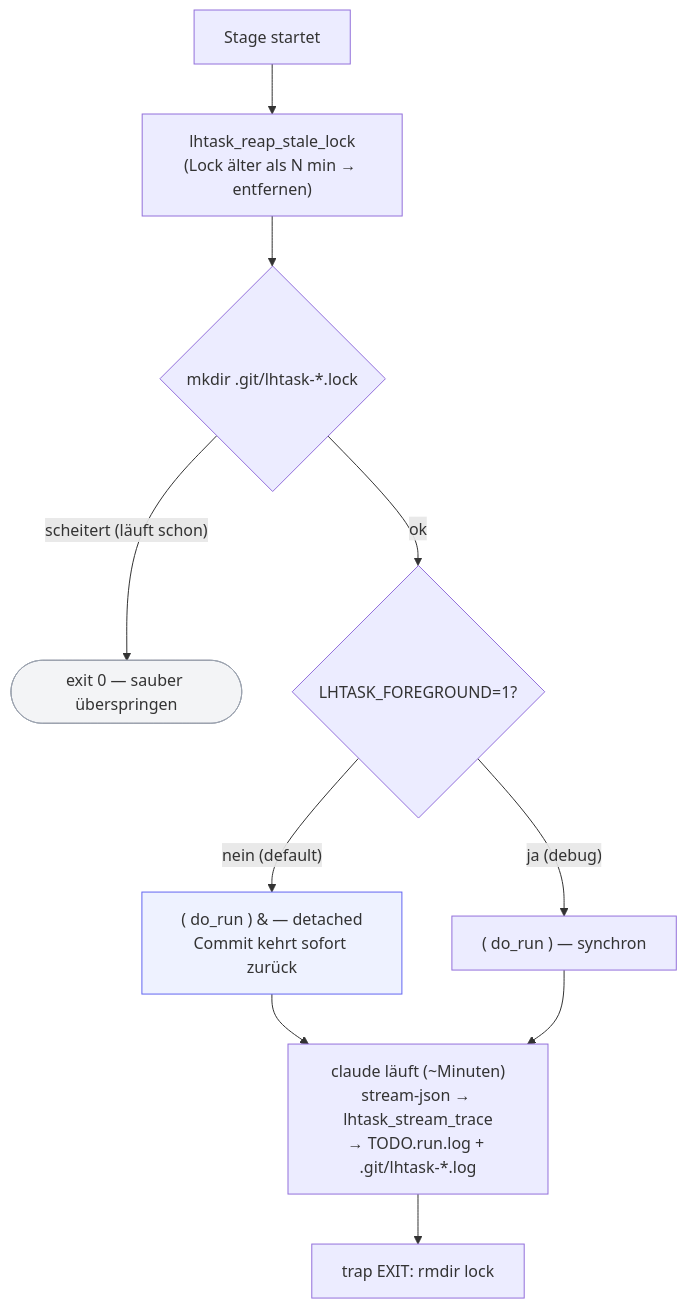
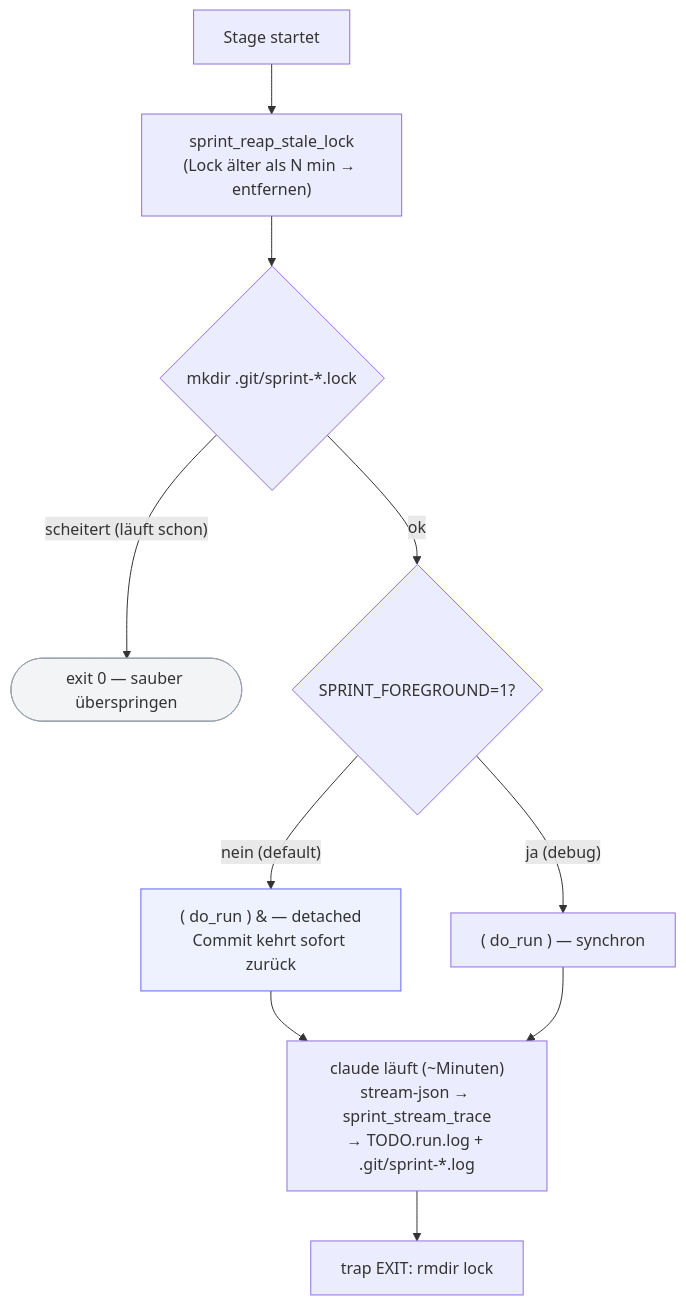
One commit to leonhoffmann86/team-sprint changed the tenth of 12 diagrams in ARCHITECTURE.md. Above: the diagram before and after it, drawn with Mermaid. The commit also changed other lines of this file and 30 other files, not shown here.

First line of the commit message:
rename: LHTask → Sprint (v1.0.0)

````diff
--- a/ARCHITECTURE.md
+++ b/ARCHITECTURE.md
@@ -470,15 +470,15 @@
 ```mermaid
 flowchart TB
-    START["Stage startet"] --> REAP["lhtask_reap_stale_lock<br/>(Lock älter als N min → entfernen)"]
-    REAP --> LOCK{"mkdir .git/lhtask-*.lock"}
+    START["Stage startet"] --> REAP["sprint_reap_stale_lock<br/>(Lock älter als N min → entfernen)"]
+    REAP --> LOCK{"mkdir .git/sprint-*.lock"}
     LOCK -- "scheitert (läuft schon)" --> SKIP(["exit 0 — sauber überspringen"])
-    LOCK -- "ok" --> MODE{"LHTASK_FOREGROUND=1?"}
+    LOCK -- "ok" --> MODE{"SPRINT_FOREGROUND=1?"}
     MODE -- "nein (default)" --> BG["( do_run ) &amp; — detached<br/>Commit kehrt sofort zurück"]
     MODE -- "ja (debug)" --> FG["( do_run ) — synchron"]
-    BG --> WORK["claude läuft (~Minuten)<br/>stream-json → lhtask_stream_trace<br/>→ TODO.run.log + .git/lhtask-*.log"]
+    BG --> WORK["claude läuft (~Minuten)<br/>stream-json → sprint_stream_trace<br/>→ TODO.run.log + .git/sprint-*.log"]
     FG --> WORK
     WORK --> RELEASE["trap EXIT: rmdir lock"]
 
     style SKIP fill:#f3f4f6,stroke:#9ca3af
     style BG fill:#eef2ff,stroke:#6366f1
 ```
````
